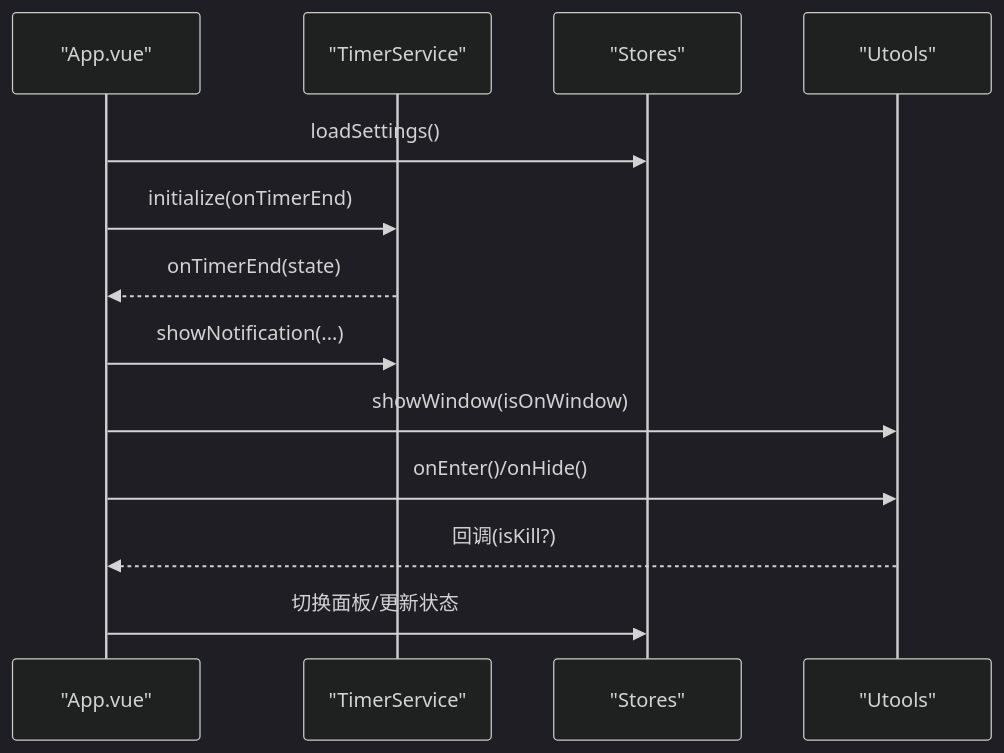
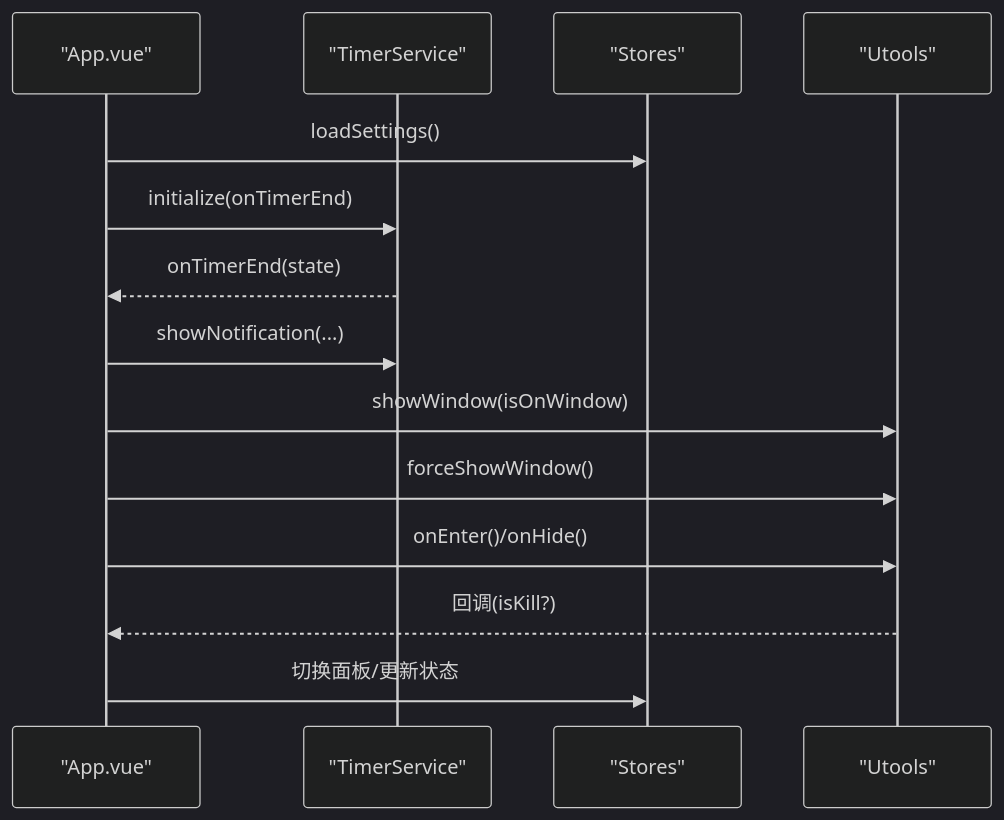
One commit to kqcoxn/utools-releax-tip changed the sixth of 8 diagrams in .qoder/repowiki/zh/content/服务层设计/utools 集成服务.md. Above: the diagram before and after it, drawn with Mermaid (dark theme). The commit also changed other lines of this file and 4 other files, not shown here.

````diff
--- a/.qoder/repowiki/zh/content/服务层设计/utools 集成服务.md
+++ b/.qoder/repowiki/zh/content/服务层设计/utools 集成服务.md
@@ -292,15 +298,16 @@
 ```mermaid
 sequenceDiagram
 participant App as "App.vue"
 participant TS as "TimerService"
 participant ST as "Stores"
 participant UA as "Utools"
 App->>ST : loadSettings()
 App->>TS : initialize(onTimerEnd)
 TS-->>App : onTimerEnd(state)
 App->>TS : showNotification(...)
 App->>UA : showWindow(isOnWindow)
+App->>UA : forceShowWindow()
 App->>UA : onEnter()/onHide()
 UA-->>App : 回调(isKill?)
 App->>ST : 切换面板/更新状态
 ```
````
